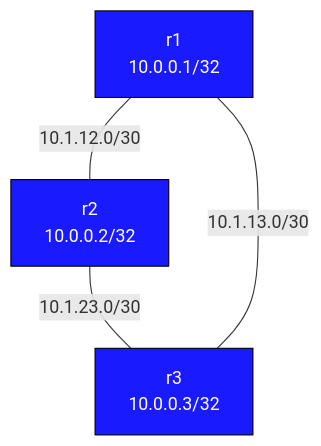
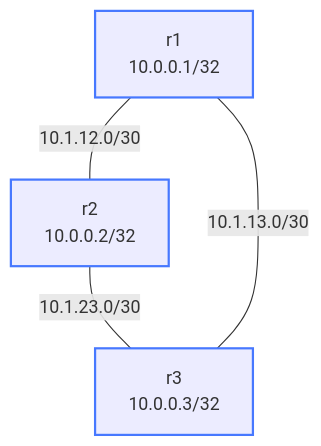
The first of 2 diagrams in labs/bfd-ospf/README.md (jschless/networkingLabs), drawn with Mermaid before and after one commit. The commit also changed other lines of this file and 250 other files, not shown here.

Commit message:
Fix unreadable topology diagrams, convert ASCII art, publish assessments (#57)

````diff
--- a/labs/bfd-ospf/README.md
+++ b/labs/bfd-ospf/README.md
@@ -19,13 +19,13 @@
 ```mermaid
 flowchart TB
-    r1["r1\n10.0.0.1/32"]
-    r2["r2\n10.0.0.2/32"]
-    r3["r3\n10.0.0.3/32"]
+    r1["r1<br/>10.0.0.1/32"]
+    r2["r2<br/>10.0.0.2/32"]
+    r3["r3<br/>10.0.0.3/32"]
 
     r1 -- "10.1.12.0/30" --- r2
     r2 -- "10.1.23.0/30" --- r3
     r1 -- "10.1.13.0/30" --- r3
 
-    classDef router fill:#1a1aff,color:#fff,stroke:#000
+    classDef router stroke:#4778ff,stroke-width:2px
     class r1,r2,r3 router
 ```
````
